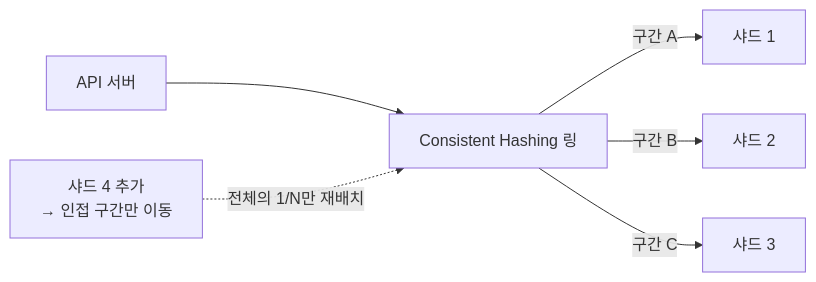
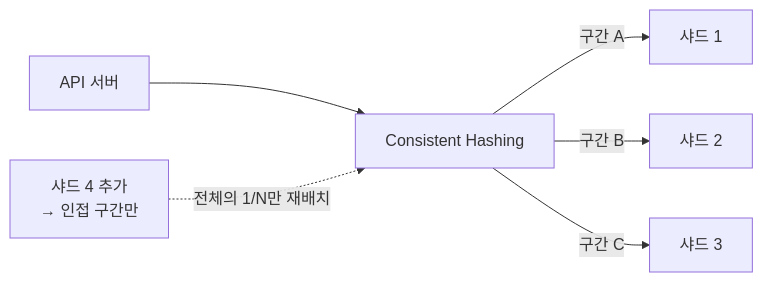
One commit to yjkim2015/yjkim2015.github.io changed the fifth of 8 diagrams in _posts/systemdesign/2026-05-02-system-design-url-shortener.md. Above: the diagram before and after it, drawn with Mermaid. The commit also changed other lines of this file and 271 other files, not shown here.

First line of the commit message:
Mermaid 라벨 축소: 긴 노드 텍스트 18자 이하로 트림 + \n 제거

````diff
--- a/_posts/systemdesign/2026-05-02-system-design-url-shortener.md
+++ b/_posts/systemdesign/2026-05-02-system-design-url-shortener.md
@@ -217,8 +217,8 @@
 ```mermaid
 graph LR
-    API["API 서버"] --> CH["Consistent Hashing 링"]
+    API["API 서버"] --> CH["Consistent Hashing"]
     CH -->|"구간 A"| S1["샤드 1"]
     CH -->|"구간 B"| S2["샤드 2"]
     CH -->|"구간 C"| S3["샤드 3"]
-    S4["샤드 4 추가\n→ 인접 구간만 이동"] -.->|"전체의 1/N만 재배치"| CH
+    S4["샤드 4 추가\n→ 인접 구간만"] -.->|"전체의 1/N만 재배치"| CH
 ```
````
